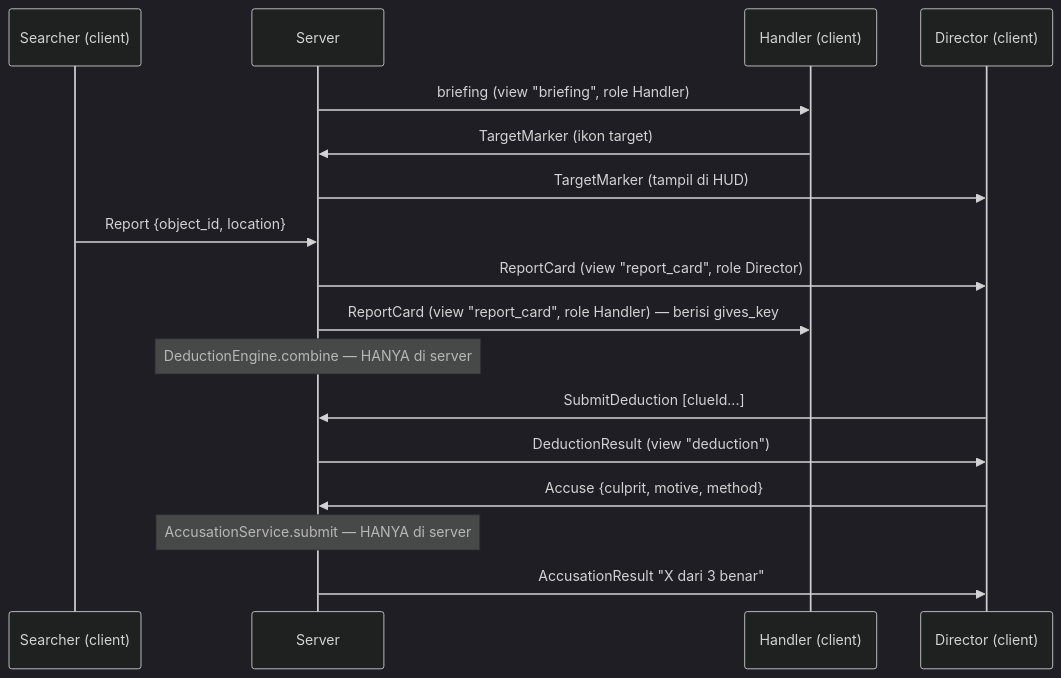
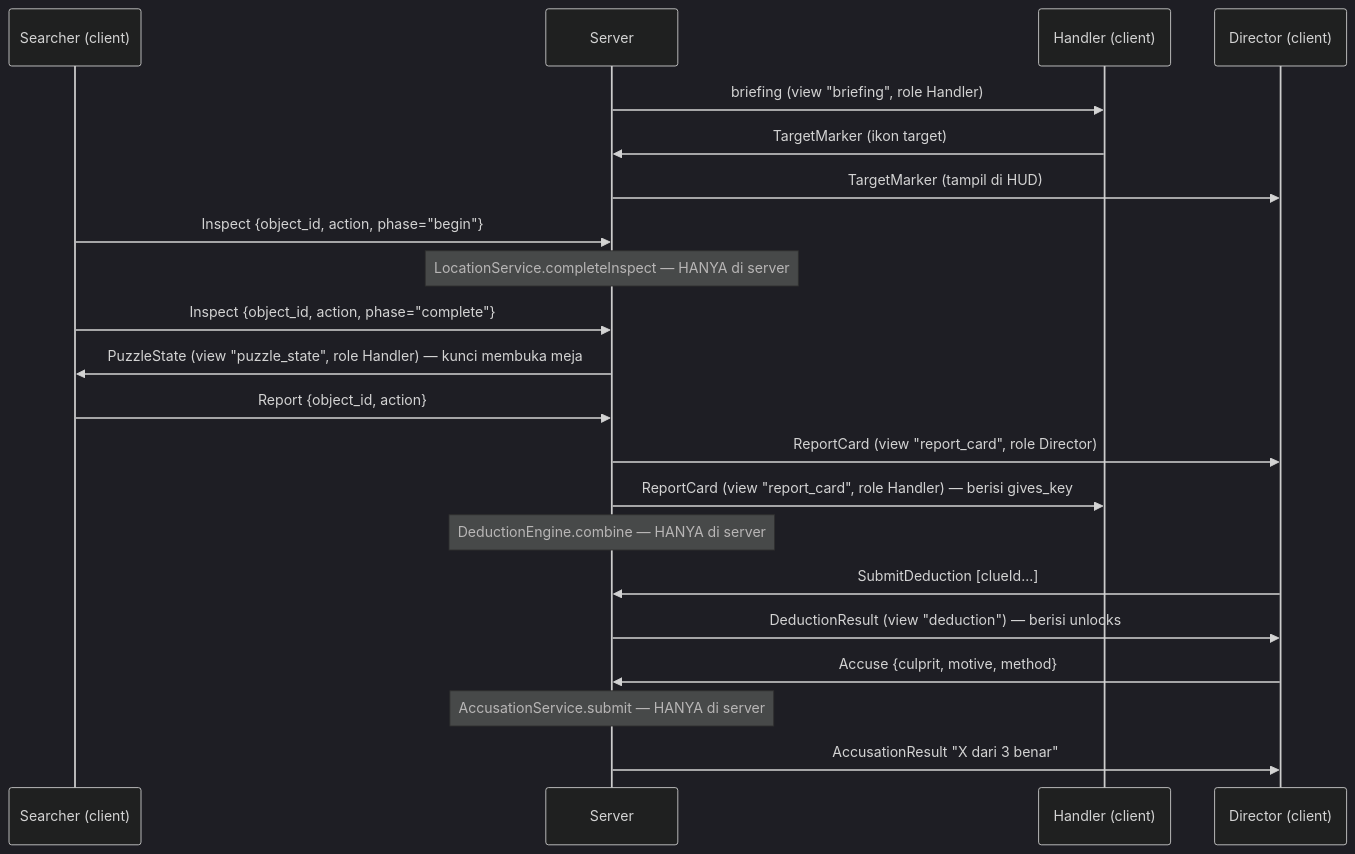
One commit to jettapindika/triangulate changed the diagram in docs/arsitektur.md. Above: the diagram before and after it, drawn with Mermaid (dark theme). The commit also changed other lines of this file and 23 other files, not shown here.

````diff
--- a/docs/arsitektur.md
+++ b/docs/arsitektur.md
@@ -203,20 +213,24 @@
 ```mermaid
 sequenceDiagram
     participant S as Searcher (client)
     participant Srv as Server
     participant H as Handler (client)
     participant D as Director (client)
 
     Srv->>H: briefing (view "briefing", role Handler)
     H->>Srv: TargetMarker (ikon target)
     Srv->>D: TargetMarker (tampil di HUD)
-    S->>Srv: Report {object_id, location}
+    S->>Srv: Inspect {object_id, action, phase="begin"}
+    Note over Srv: LocationService.completeInspect — HANYA di server
+    S->>Srv: Inspect {object_id, action, phase="complete"}
+    Srv->>S: PuzzleState (view "puzzle_state", role Handler) — kunci membuka meja
+    S->>Srv: Report {object_id, action}
     Srv->>D: ReportCard (view "report_card", role Director)
     Srv->>H: ReportCard (view "report_card", role Handler) — berisi gives_key
     Note over Srv: DeductionEngine.combine — HANYA di server
     D->>Srv: SubmitDeduction [clueId...]
-    Srv->>D: DeductionResult (view "deduction")
+    Srv->>D: DeductionResult (view "deduction") — berisi unlocks
     D->>Srv: Accuse {culprit, motive, method}
     Note over Srv: AccusationService.submit — HANYA di server
     Srv->>D: AccusationResult "X dari 3 benar"
 ```
````
